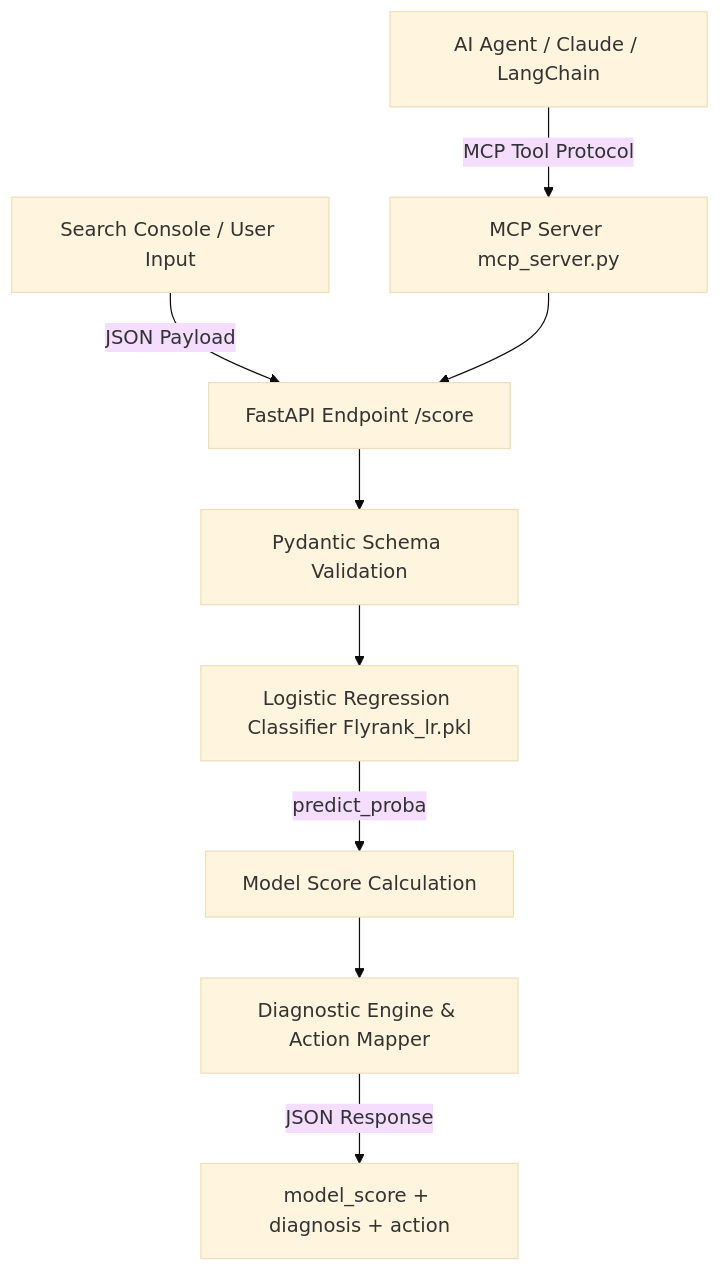
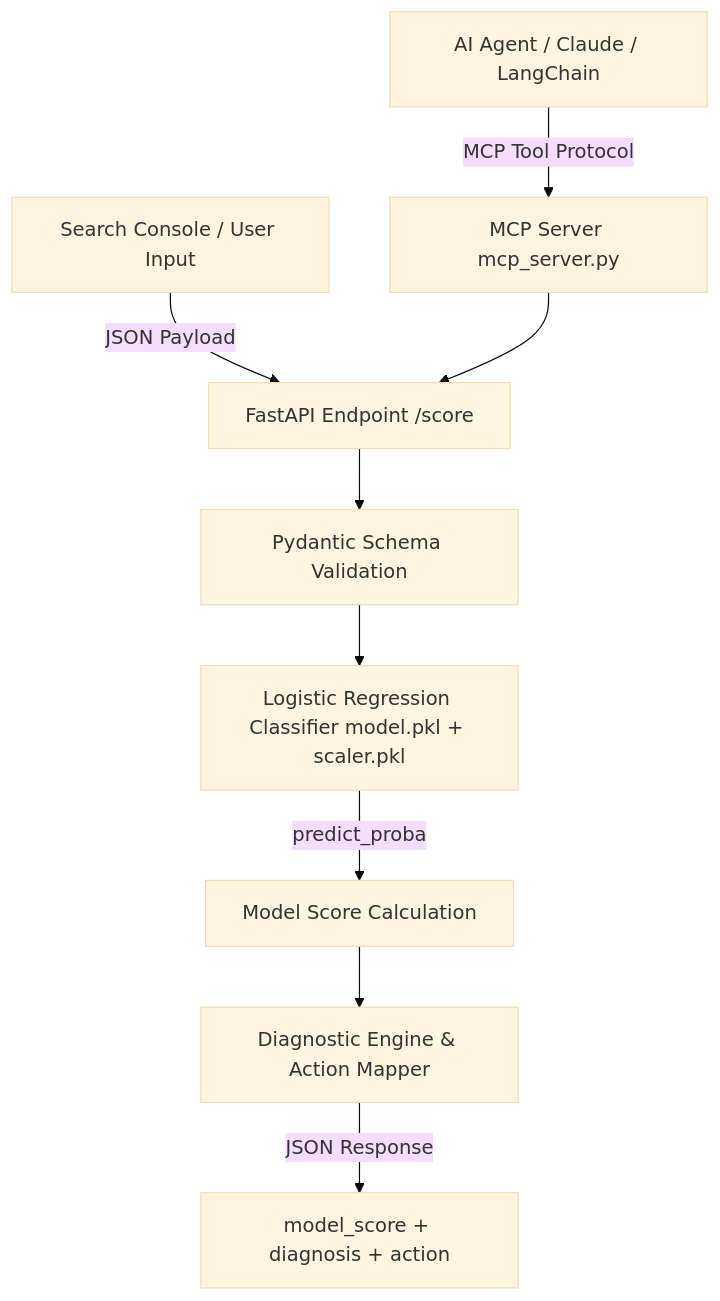
The diagram in RECRUITER_GUIDE.md (simon-okosodo-ds/flyrank-triage-api), drawn with Mermaid (base theme) before and after one commit. The commit also changed other lines of this file and 1 other file, not shown here.

Commit message:
Clarify Logistic Regression container deployment vs Random Forest research paper benchmark

````diff
--- a/RECRUITER_GUIDE.md
+++ b/RECRUITER_GUIDE.md
@@ -24,11 +24,11 @@
 ```mermaid
 graph TD
     A[Search Console / User Input] -->|JSON Payload| B[FastAPI Endpoint /score]
     C[AI Agent / Claude / LangChain] -->|MCP Tool Protocol| D[MCP Server mcp_server.py]
     D --> B
     B --> E[Pydantic Schema Validation]
-    E --> F[Logistic Regression Classifier Flyrank_lr.pkl]
+    E --> F[Logistic Regression Classifier model.pkl + scaler.pkl]
     F -->|predict_proba| G[Model Score Calculation]
     G --> H[Diagnostic Engine & Action Mapper]
     H -->|JSON Response| I[model_score + diagnosis + action]
 ```
````
